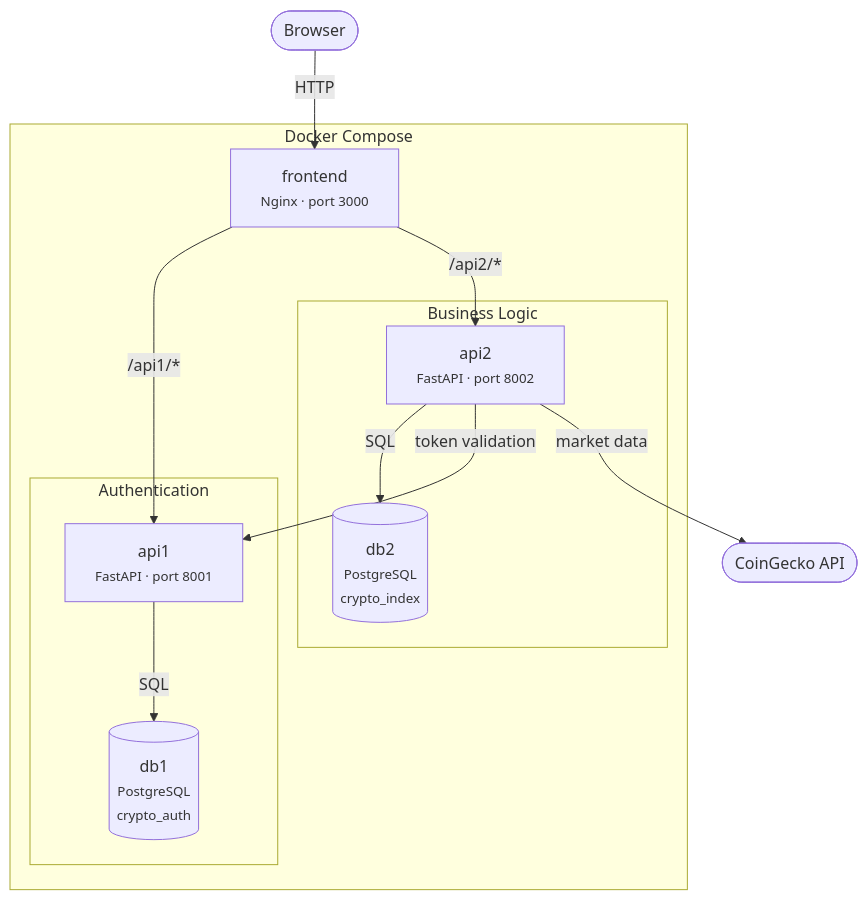
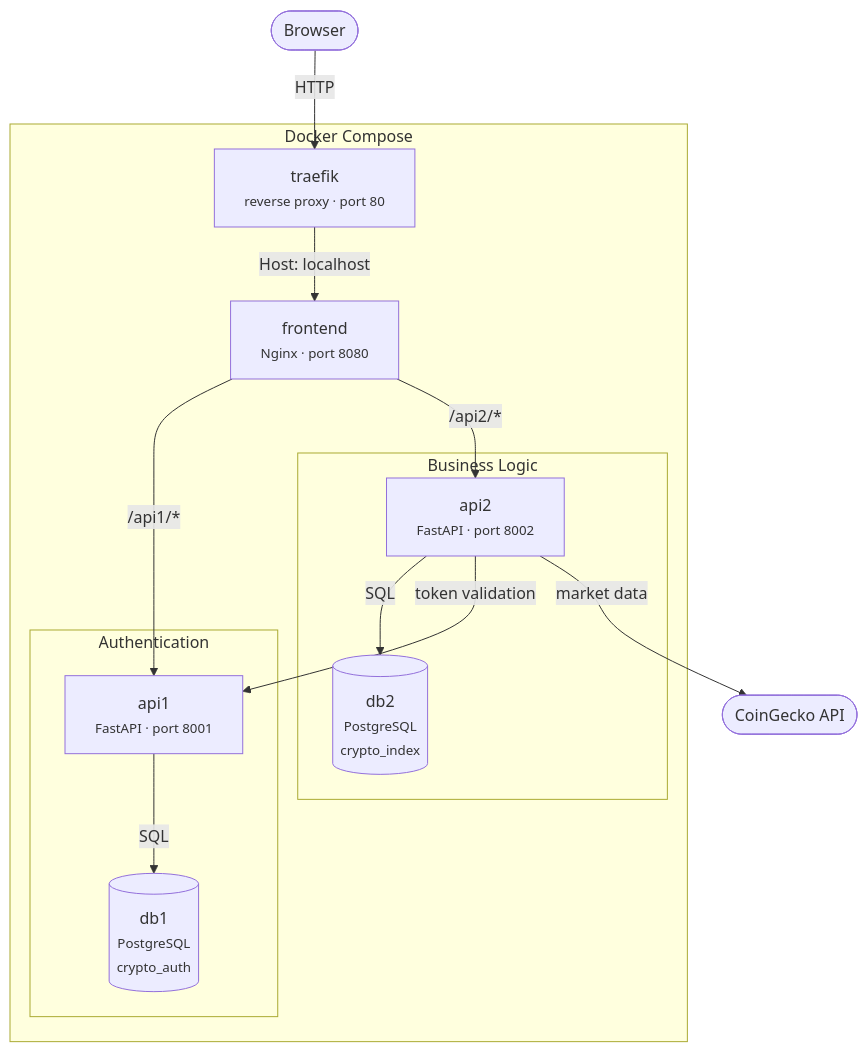
One commit to Oradixx/CryptoIndexLab changed the diagram in README.md. Above: the diagram before and after it, drawn with Mermaid. The commit also changed other lines of this file and 2 other files, not shown here.

````diff
--- a/README.md
+++ b/README.md
@@ -33,28 +34,30 @@
 ```mermaid
 graph TB
     Browser([Browser])
 
     subgraph Docker Compose
-        Frontend["frontend<br/><small>Nginx · port 3000</small>"]
+        Traefik["traefik<br/><small>reverse proxy · port 80</small>"]
+        Frontend["frontend<br/><small>Nginx · port 8080</small>"]
 
         subgraph Authentication
             API1["api1<br/><small>FastAPI · port 8001</small>"]
             DB1[("db1<br/><small>PostgreSQL<br/>crypto_auth</small>")]
         end
 
         subgraph Business Logic
             API2["api2<br/><small>FastAPI · port 8002</small>"]
             DB2[("db2<br/><small>PostgreSQL<br/>crypto_index</small>")]
         end
     end
 
     CoinGecko([CoinGecko API])
 
-    Browser -->|HTTP| Frontend
+    Browser -->|HTTP| Traefik
+    Traefik -->|Host: localhost| Frontend
     Frontend -->|/api1/*| API1
     Frontend -->|/api2/*| API2
     API1 -->|SQL| DB1
     API2 -->|SQL| DB2
     API2 -->|token validation| API1
     API2 -->|market data| CoinGecko
 ```
````
